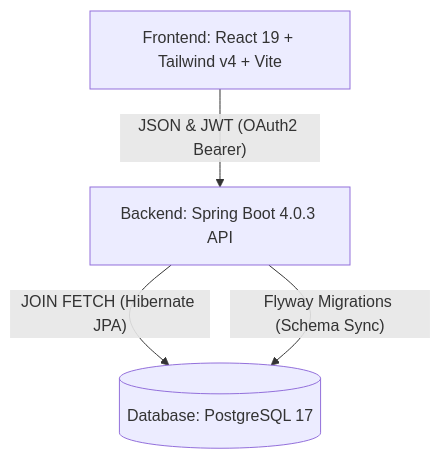
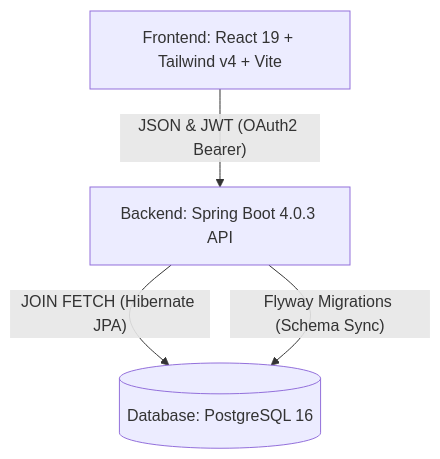
The diagram in docs/plan.md (vBaggio/qronis), drawn with Mermaid before and after one commit. The commit also changed other lines of this file and 4 other files, not shown here.

````diff
--- a/docs/plan.md
+++ b/docs/plan.md
@@ -6,10 +6,10 @@
 ```mermaid
 graph TD
     UI[Frontend: React 19 + Tailwind v4 + Vite]
     API[Backend: Spring Boot 4.0.3 API]
-    DB[(Database: PostgreSQL 17)]
+    DB[(Database: PostgreSQL 16)]
     
     UI -- "JSON & JWT (OAuth2 Bearer)" --> API
     API -- "JOIN FETCH (Hibernate JPA)" --> DB
     API -- "Flyway Migrations (Schema Sync)" --> DB
 ```
````
